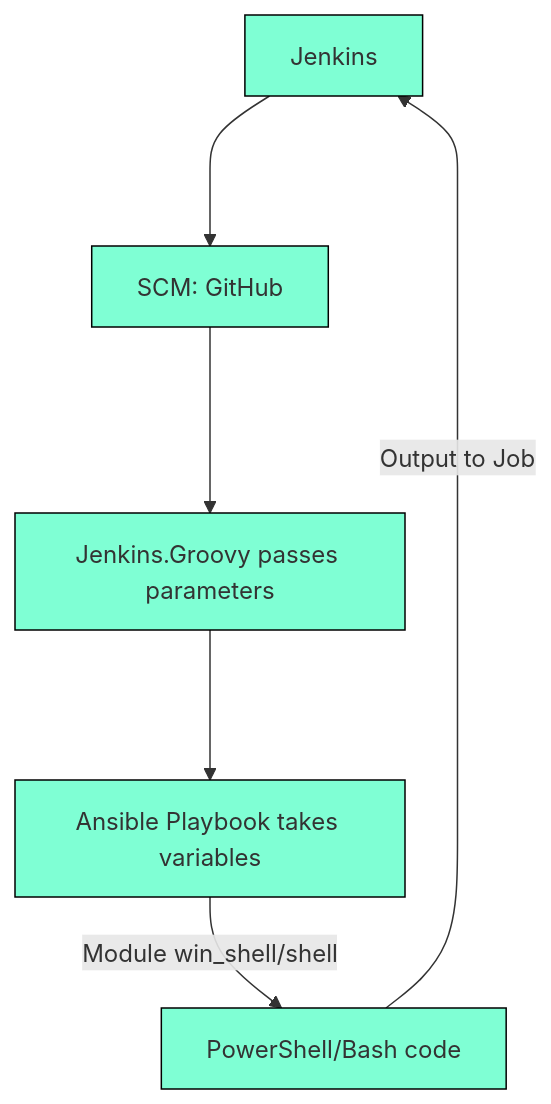
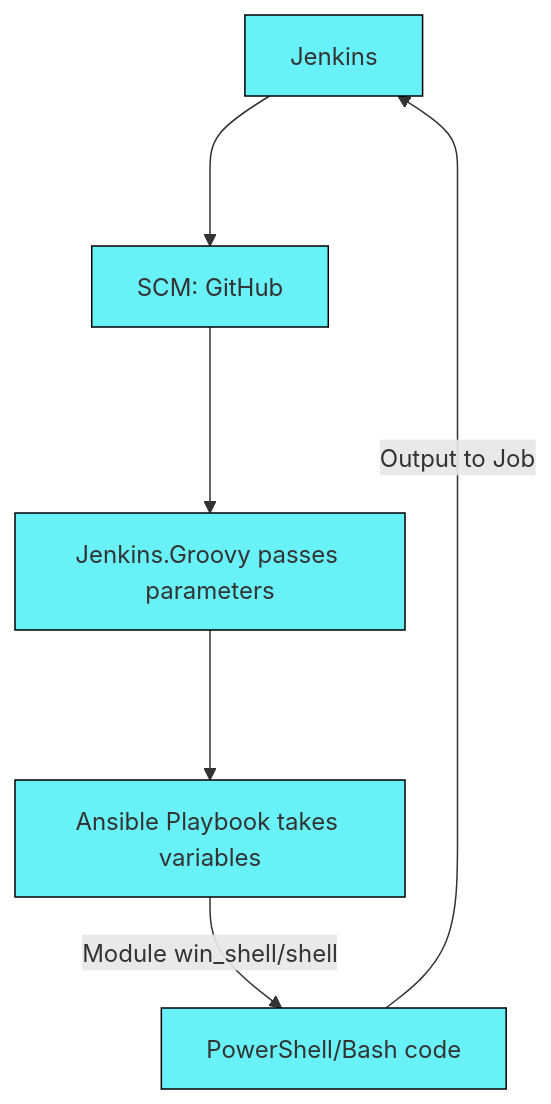
The second of 2 diagrams in README.md (Lifailon/Deploy-PS-Module), drawn with Mermaid before and after one commit.

Commit message:
test state

````diff
--- a/README.md
+++ b/README.md
@@ -15,11 +15,11 @@
 ```mermaid
 flowchart TD
-    classDef class_color fill:#7FFFD4, stroke:#000, stroke-width:1px
+    classDef class_color fill:#68F1F7, stroke:#000, stroke-width:1px
     1[Jenkins]:::class_color
     2[SCM: GitHub]:::class_color
     3[Jenkins.Groovy passes parameters]:::class_color
     4[Ansible Playbook takes variables]:::class_color
     5[PowerShell/Bash code]:::class_color
     1--->2--->3--->4--Module win_shell/shell-->5
     5--Output to Job-->1
 ```
````
